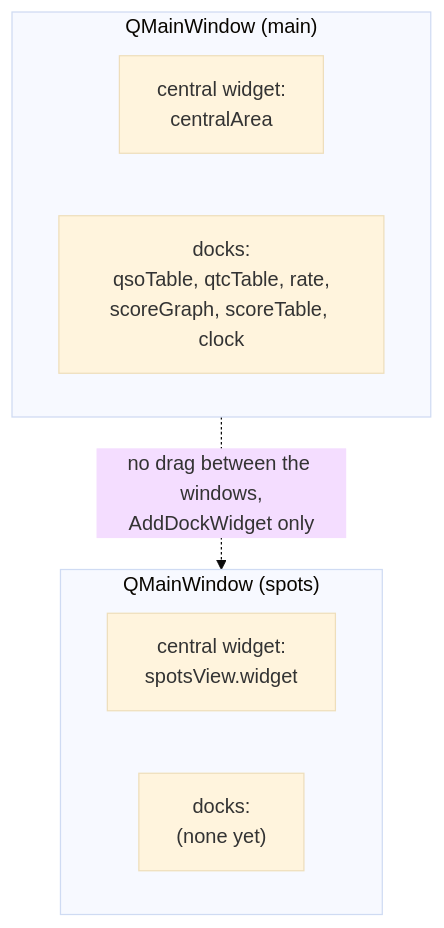
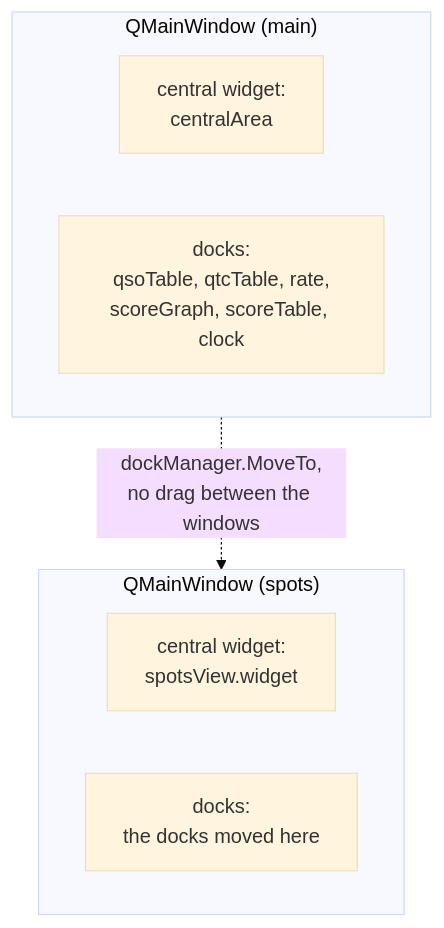
One commit to ftl/hellocontest changed the diagram in docs/spot_window.md. Above: the diagram before and after it, drawn with Mermaid (base theme). The commit also changed other lines of this file and 3 other files, not shown here.

Commit message:
allow to move dockable windows between the main and the spot window

````diff
--- a/docs/spot_window.md
+++ b/docs/spot_window.md
@@ -7,12 +7,12 @@
 ```mermaid
 graph TD
     subgraph main["QMainWindow (main)"]
         mainCentral["central widget:<br/>centralArea"]
         mainDocks["docks:<br/>qsoTable, qtcTable, rate,<br/>scoreGraph, scoreTable, clock"]
     end
     subgraph spots["QMainWindow (spots)"]
         spotsCentral["central widget:<br/>spotsView.widget"]
-        spotsDocks["docks:<br/>(none yet)"]
+        spotsDocks["docks:<br/>the docks moved here"]
     end
-    main -. "no drag between the windows,<br/>AddDockWidget only" .-> spots
+    main -. "dockManager.MoveTo,<br/>no drag between the windows" .-> spots
 ```
````
